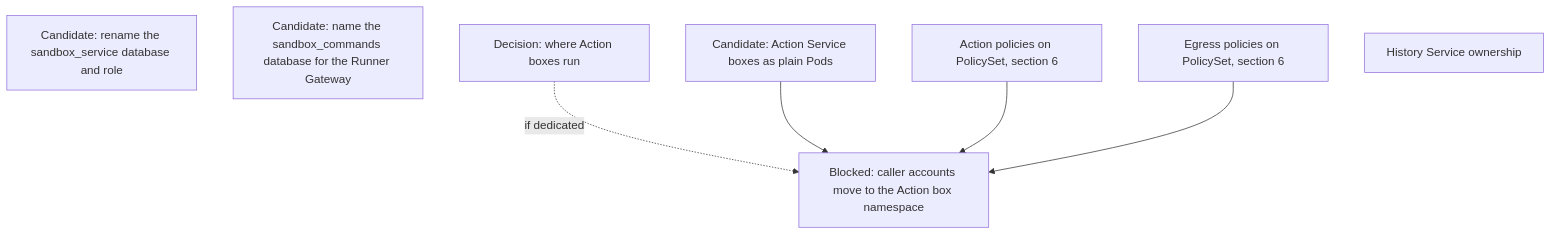
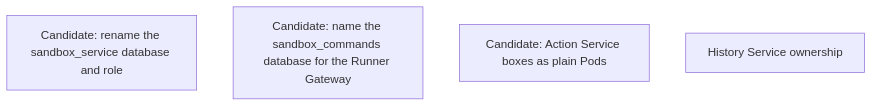
Diagram 11 of 14 in agentplane/plans/task_dag.md (agentydragon-agent/ducktape), drawn with Mermaid before and after one commit. The commit also changed other lines of this file and 1 other file, not shown here.

````diff
--- a/agentplane/plans/task_dag.md
+++ b/agentplane/plans/task_dag.md
@@ -797,15 +788,7 @@
 ```mermaid
 flowchart TD
     HISTORY_DATABASE_RENAME[Candidate: rename the sandbox_service database and role]
     SANDBOX_DATABASE_RENAME[Candidate: name the sandbox_commands database for the Runner Gateway]
     ACTION_SANDBOX_PODS[Candidate: Action Service boxes as plain Pods]
-    ACTION_BOX_NAMESPACE[Decision: where Action boxes run]
-    ACTION_BOX_SA_MOVE[Blocked: caller accounts move to the Action box namespace]
-    ACTION_POLICY_MIGRATE[Action policies on PolicySet, section 6]
-    EGRESS_POLICY_MIGRATE[Egress policies on PolicySet, section 6]
-    ACTION_BOX_NAMESPACE -. if dedicated .-> ACTION_BOX_SA_MOVE
-    ACTION_SANDBOX_PODS --> ACTION_BOX_SA_MOVE
-    ACTION_POLICY_MIGRATE --> ACTION_BOX_SA_MOVE
-    EGRESS_POLICY_MIGRATE --> ACTION_BOX_SA_MOVE
     HISTORY_SERVICE_OWNERSHIP[History Service ownership]
 ```
````
